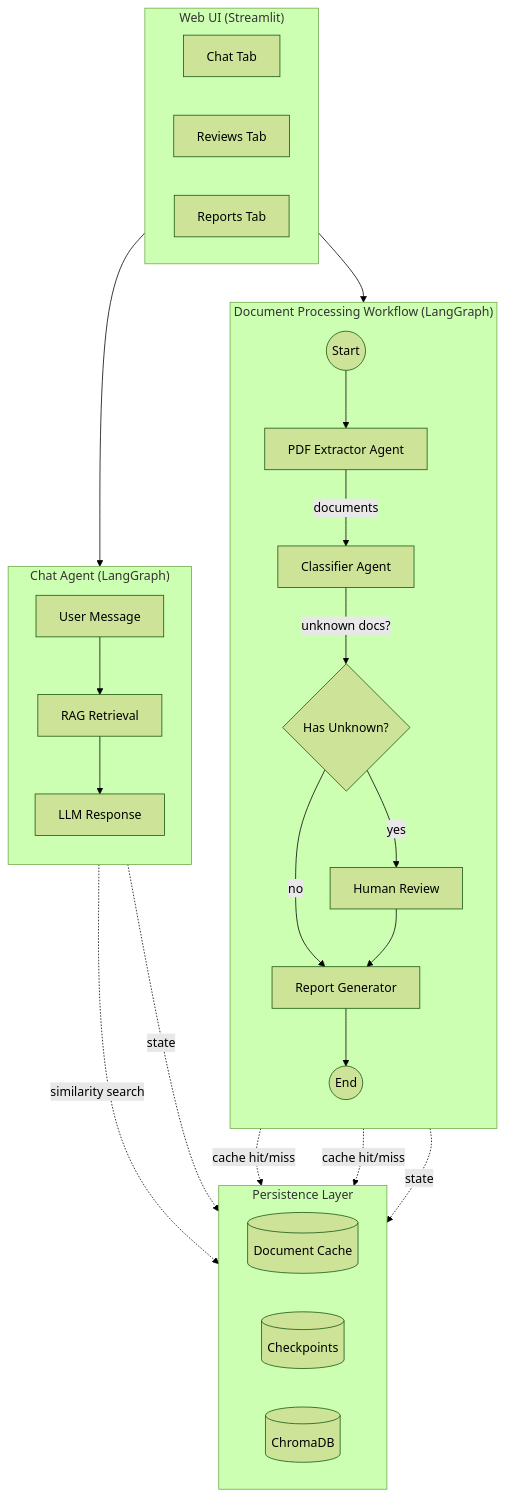
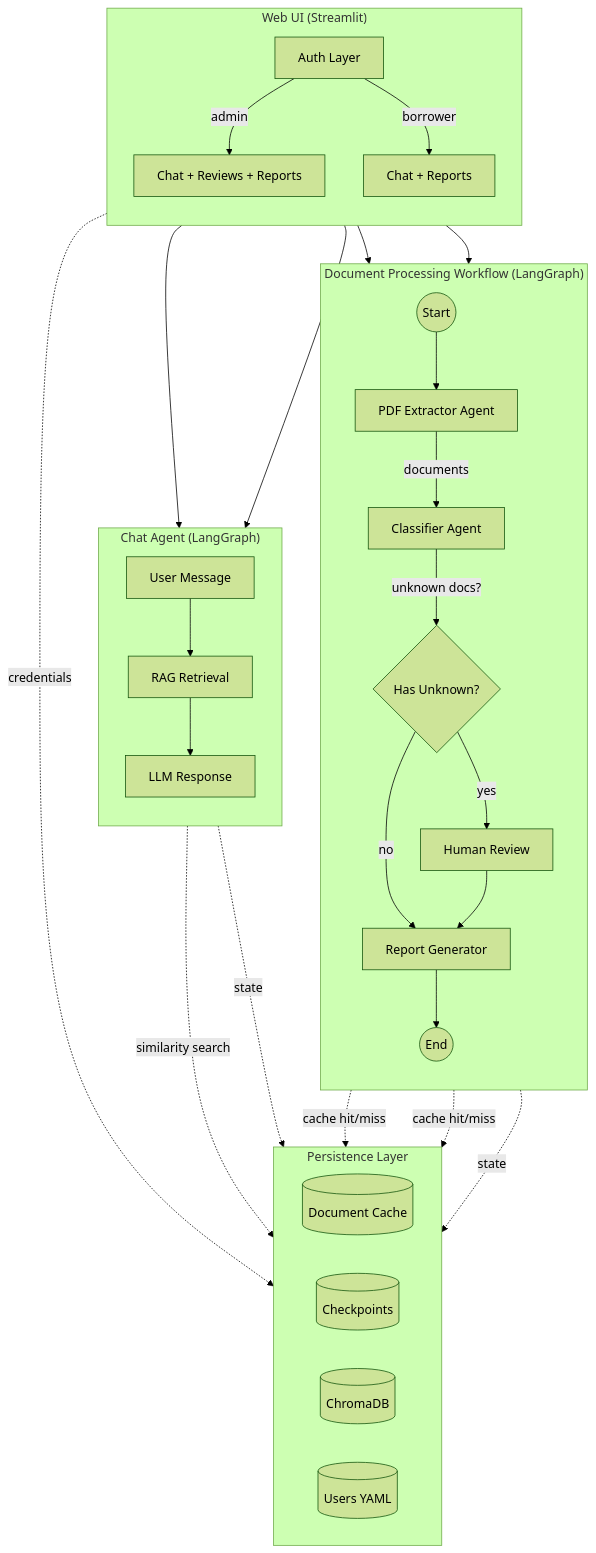
One commit to jeremyary/multiagent-doc-processing changed the diagram in README.md. Above: the diagram before and after it, drawn with Mermaid (forest theme). The commit also changed other lines of this file and 17 other files, not shown here.

````diff
--- a/README.md
+++ b/README.md
@@ -14,42 +14,46 @@
 ```mermaid
 flowchart TB
     subgraph workflow["Document Processing Workflow (LangGraph)"]
         direction TB
         START((Start)) --> extract[PDF Extractor Agent]
         extract -->|documents| classify[Classifier Agent]
         classify -->|unknown docs?| decision{Has Unknown?}
         decision -->|yes| review[Human Review]
         decision -->|no| report[Report Generator]
         review --> report
         report --> END((End))
     end
 
     subgraph chat["Chat Agent (LangGraph)"]
         direction TB
         user_msg[User Message] --> retrieve[RAG Retrieval]
         retrieve --> respond[LLM Response]
     end
 
     subgraph storage["Persistence Layer"]
         direction LR
         cache[(Document Cache)]
         checkpoints[(Checkpoints)]
         chroma[(ChromaDB)]
+        users[(Users YAML)]
     end
 
     subgraph ui["Web UI (Streamlit)"]
-        direction LR
-        chat_tab[Chat Tab]
-        review_tab[Reviews Tab]
-        reports_tab[Reports Tab]
+        direction TB
+        auth[Auth Layer]
+        auth -->|admin| admin_view[Chat + Reviews + Reports]
+        auth -->|borrower| borrower_view[Chat + Reports]
     end
 
     extract -.->|cache hit/miss| cache
     classify -.->|cache hit/miss| cache
     workflow -.->|state| checkpoints
     chat -.->|state| checkpoints
     retrieve -.->|similarity search| chroma
+    auth -.->|credentials| users
 
-    ui --> workflow
-    ui --> chat
+    admin_view --> workflow
+    admin_view --> chat
+    borrower_view --> workflow
+    borrower_view --> chat
 ```
````
